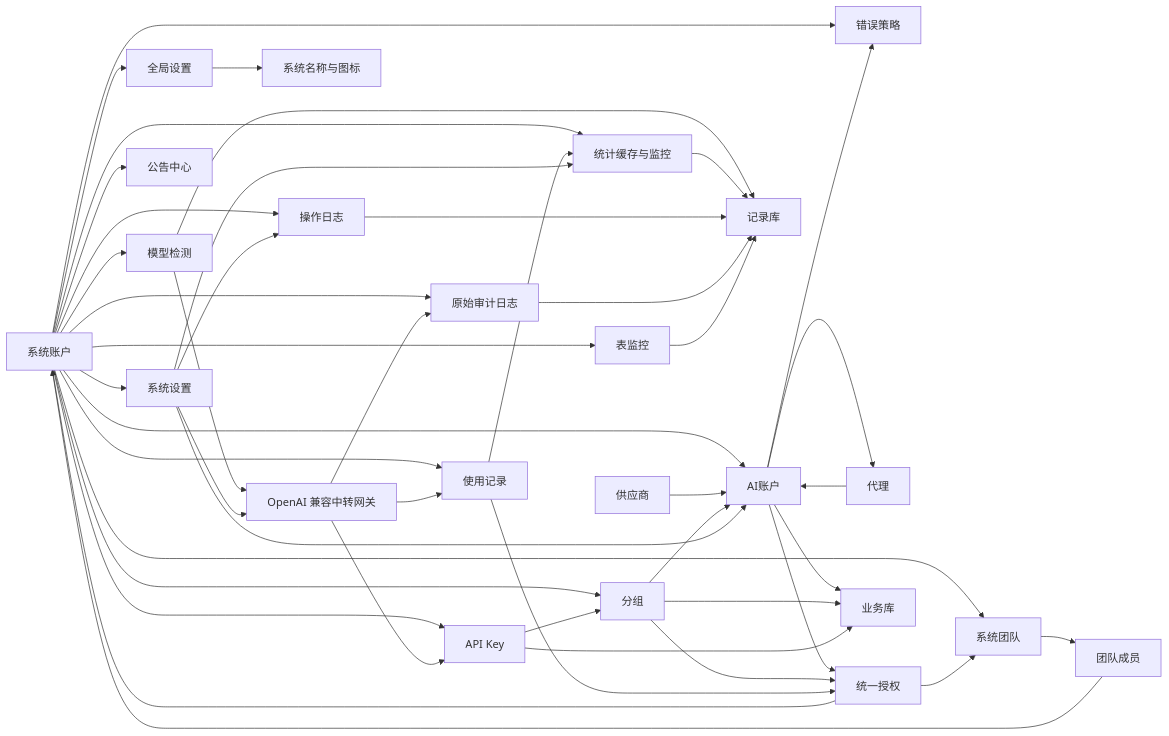
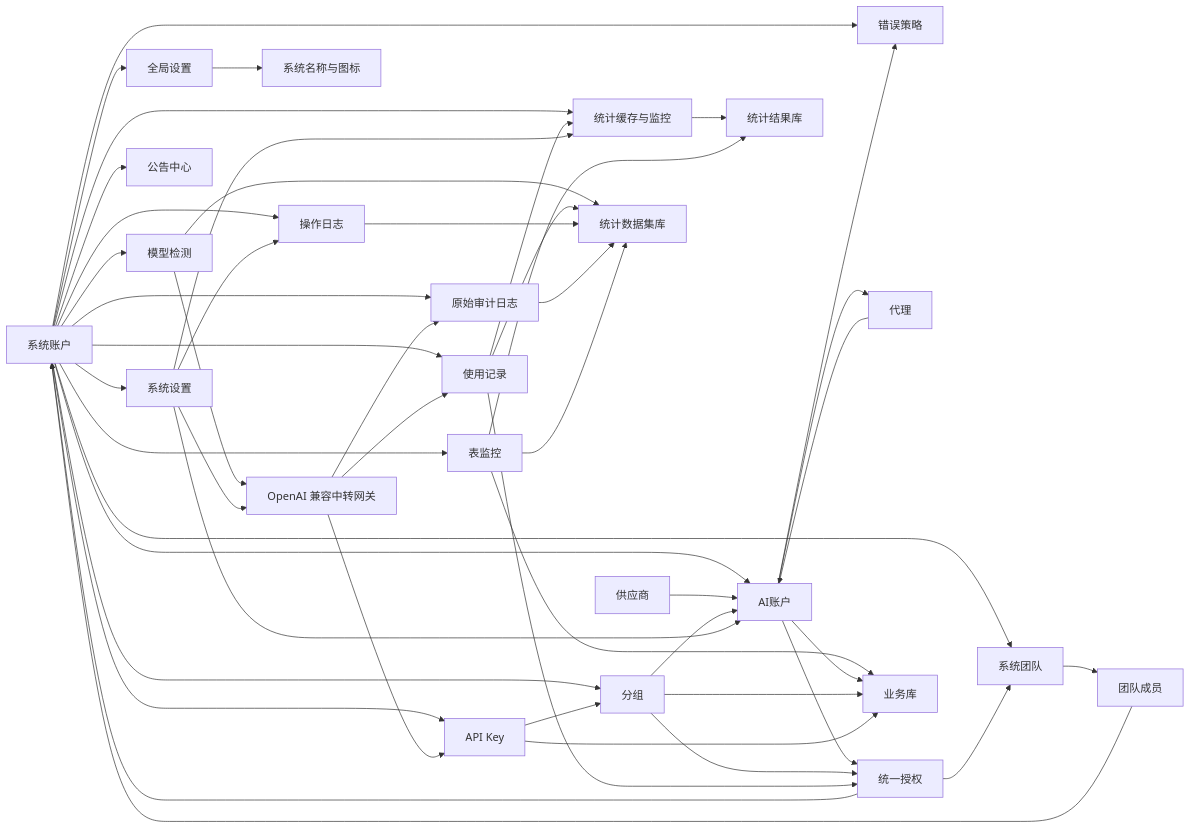
The diagram in docs/architecture/架构总览.md (huanmin123/juhe-ai), drawn with Mermaid before and after one commit. The commit also changed other lines of this file and 40 other files, not shown here.

````diff
--- a/docs/architecture/架构总览.md
+++ b/docs/architecture/架构总览.md
@@ -63,48 +63,51 @@
 ```mermaid
 flowchart LR
   SystemAccount["系统账户"] --> GlobalSettings["全局设置"]
   SystemAccount --> SystemSettings["系统设置"]
   SystemAccount --> SystemTeam["系统团队"]
   SystemTeam --> TeamMember["团队成员"]
   TeamMember --> SystemAccount
   SystemAccount --> AIAccount["AI账户"]
   SystemAccount --> Group["分组"]
   SystemAccount --> APIKey["API Key"]
   SystemAccount --> ModelCheck["模型检测"]
   SystemAccount --> Usage["使用记录"]
   SystemAccount --> OperationLog["操作日志"]
   SystemAccount --> AuditLog["原始审计日志"]
   SystemAccount --> Stats["统计缓存与监控"]
   SystemAccount --> TableMonitor["表监控"]
   SystemAccount --> ErrorPolicy["错误策略"]
   SystemAccount --> Announcement["公告中心"]
   GlobalSettings --> AppBrand["系统名称与图标"]
   Provider["供应商"] --> AIAccount
   Proxy["代理"] --> AIAccount
   AIAccount --> Proxy
   AIAccount --> ErrorPolicy
   AIAccount --> ResourceAuthorization["统一授权"]
   Group --> ResourceAuthorization
   ResourceAuthorization --> SystemAccount
   ResourceAuthorization --> SystemTeam
   Group --> AIAccount
   APIKey --> Group
   ModelCheck --> Gateway
-  ModelCheck --> RecordStore
+  ModelCheck --> DatasetStore
   Gateway["OpenAI 兼容中转网关"] --> APIKey
   Gateway --> Usage["使用记录"]
   Gateway --> AuditLog
   Usage --> ResourceAuthorization
   Usage --> Stats["统计缓存与监控"]
-  Stats --> RecordStore["记录库"]
-  OperationLog --> RecordStore
-  AuditLog --> RecordStore
-  TableMonitor --> RecordStore
+  Usage --> DatasetStore["统计数据集库"]
+  OperationLog --> DatasetStore
+  AuditLog --> DatasetStore
+  Stats --> StatsStore["统计结果库"]
+  TableMonitor --> StatsStore
+  TableMonitor --> BusinessStore
+  TableMonitor --> DatasetStore
   AIAccount --> BusinessStore["业务库"]
   Group --> BusinessStore
   APIKey --> BusinessStore
   SystemSettings --> Gateway
   SystemSettings --> OperationLog
   SystemSettings --> AIAccount
   SystemSettings --> Stats
 ```
````
